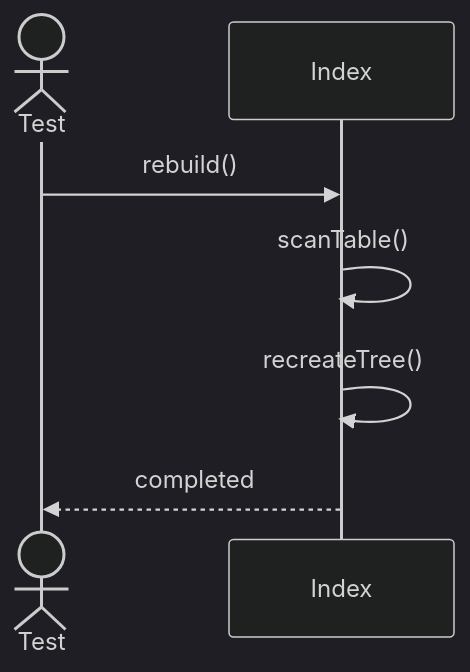
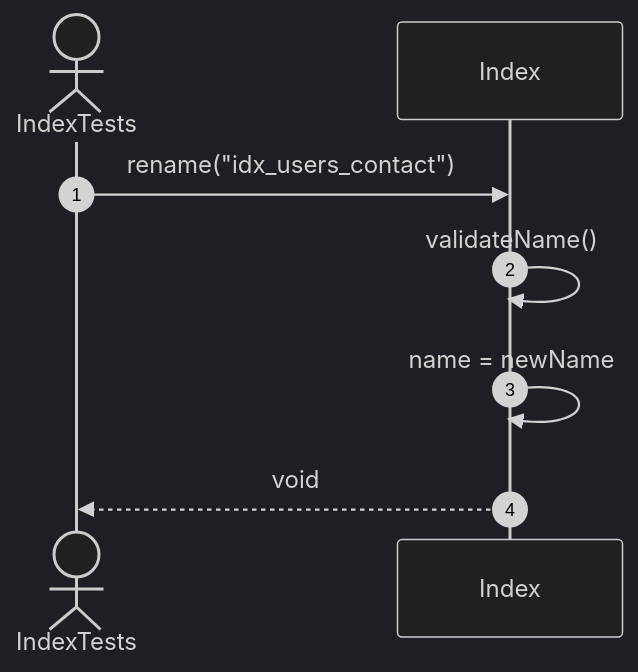
The third of 15 diagrams in src/tests/unit/metadata/sequences/indexs-testing.se.md (FhuAnn/-bbv-AN-s-DBMS), drawn with Mermaid (dark theme) before and after one commit. The commit also changed other lines of this file and 60 other files, not shown here.

Commit message:
refactor data table, row, column, constraint, index test file

````diff
--- a/src/tests/unit/metadata/sequences/indexs-testing.se.md
+++ b/src/tests/unit/metadata/sequences/indexs-testing.se.md
@@ -129,13 +43,11 @@
 ```mermaid
 sequenceDiagram
-actor Test
-participant Index
+    autonumber
+    actor Test as IndexTests
+    participant Index as Index
 
-Test->>Index: rebuild()
-
-Index->>Index: scanTable()
-
-Index->>Index: recreateTree()
-
-Index-->>Test: completed
+    Test->>Index: rename("idx_users_contact")
+    Index->>Index: validateName()
+    Index->>Index: name = newName
+    Index-->>Test: void
 ```
````
